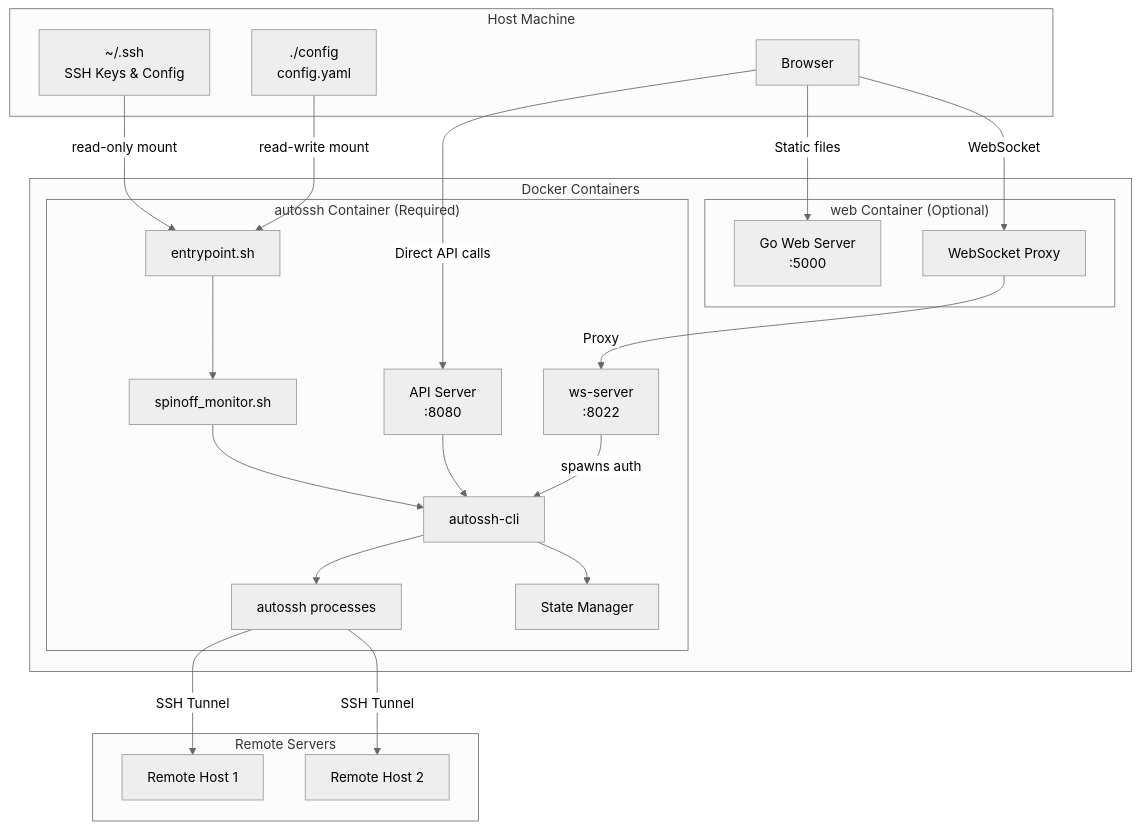
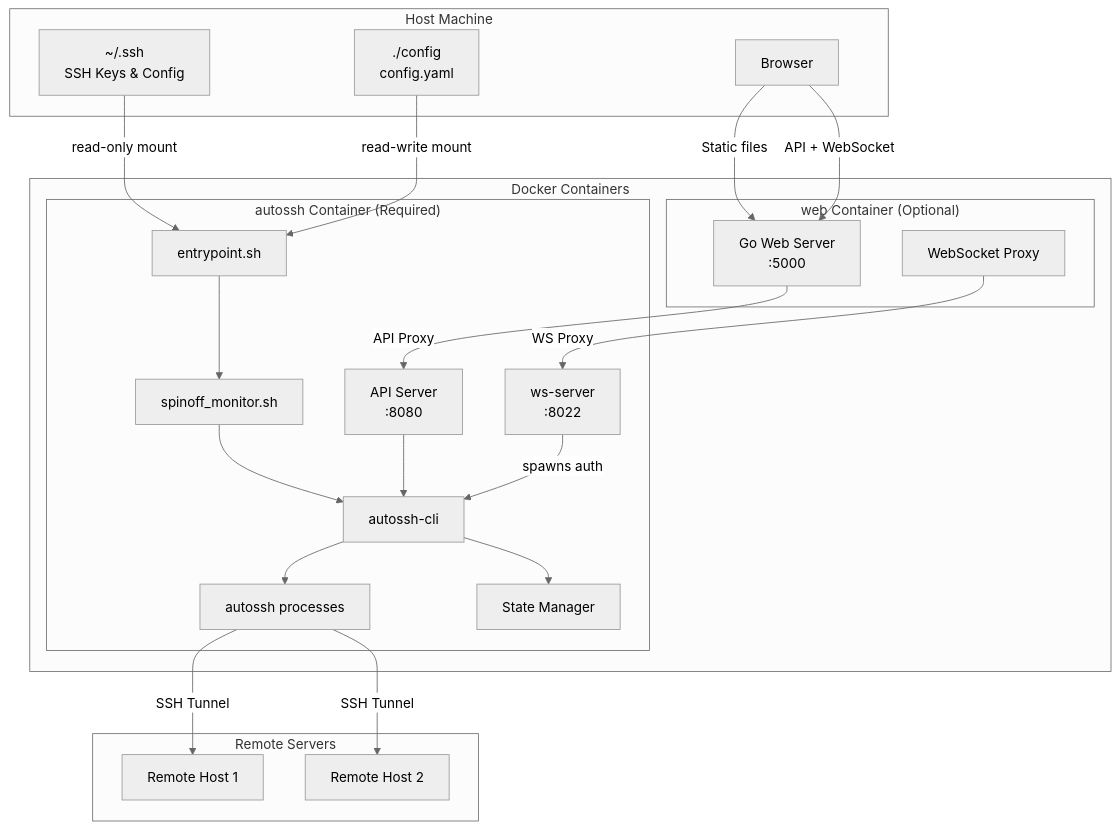
The first of 3 diagrams in docs/architecture.md (Oaklight/autossh-tunnel-dockerized), drawn with Mermaid (neutral theme) before and after one commit. The commit also changed other lines of this file and 2 other files, not shown here.

First line of the commit message:
docs: update architecture docs for API proxy pattern

````diff
--- a/docs/architecture.md
+++ b/docs/architecture.md
@@ -15,48 +15,48 @@
 ```mermaid
 graph TB
     subgraph "Host Machine"
         SSH[~/.ssh<br/>SSH Keys & Config]
         CONFIG[./config<br/>config.yaml]
         BROWSER[Browser]
     end
 
     subgraph "Docker Containers"
         subgraph "autossh Container (Required)"
             ENTRY[entrypoint.sh]
             MONITOR[spinoff_monitor.sh]
             CLI[autossh-cli]
             API[API Server<br/>:8080]
             WSSERVER[ws-server<br/>:8022]
             AUTOSSH[autossh processes]
             STATE[State Manager]
         end
 
         subgraph "web Container (Optional)"
             WEBSERVER[Go Web Server<br/>:5000]
             WSPPROXY[WebSocket Proxy]
         end
     end
 
     subgraph "Remote Servers"
         REMOTE1[Remote Host 1]
         REMOTE2[Remote Host 2]
     end
 
     SSH -->|read-only mount| ENTRY
     CONFIG -->|read-write mount| ENTRY
     BROWSER -->|Static files| WEBSERVER
 
     ENTRY --> MONITOR
     MONITOR --> CLI
     CLI --> STATE
     CLI --> AUTOSSH
     API --> CLI
     WSSERVER -->|spawns auth| CLI
 
-    BROWSER -->|Direct API calls| API
-    BROWSER -->|WebSocket| WSPPROXY
-    WSPPROXY -->|Proxy| WSSERVER
+    BROWSER -->|API + WebSocket| WEBSERVER
+    WEBSERVER -->|API Proxy| API
+    WSPPROXY -->|WS Proxy| WSSERVER
 
     AUTOSSH -->|SSH Tunnel| REMOTE1
     AUTOSSH -->|SSH Tunnel| REMOTE2
 ```
````
